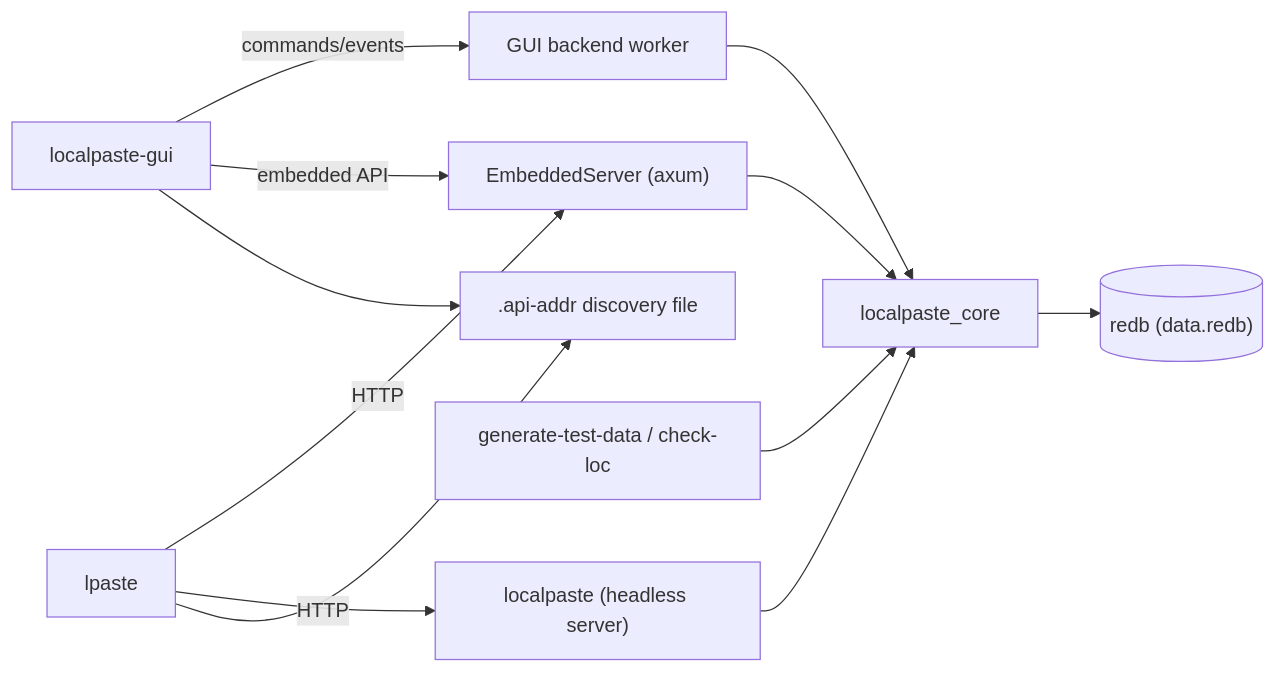
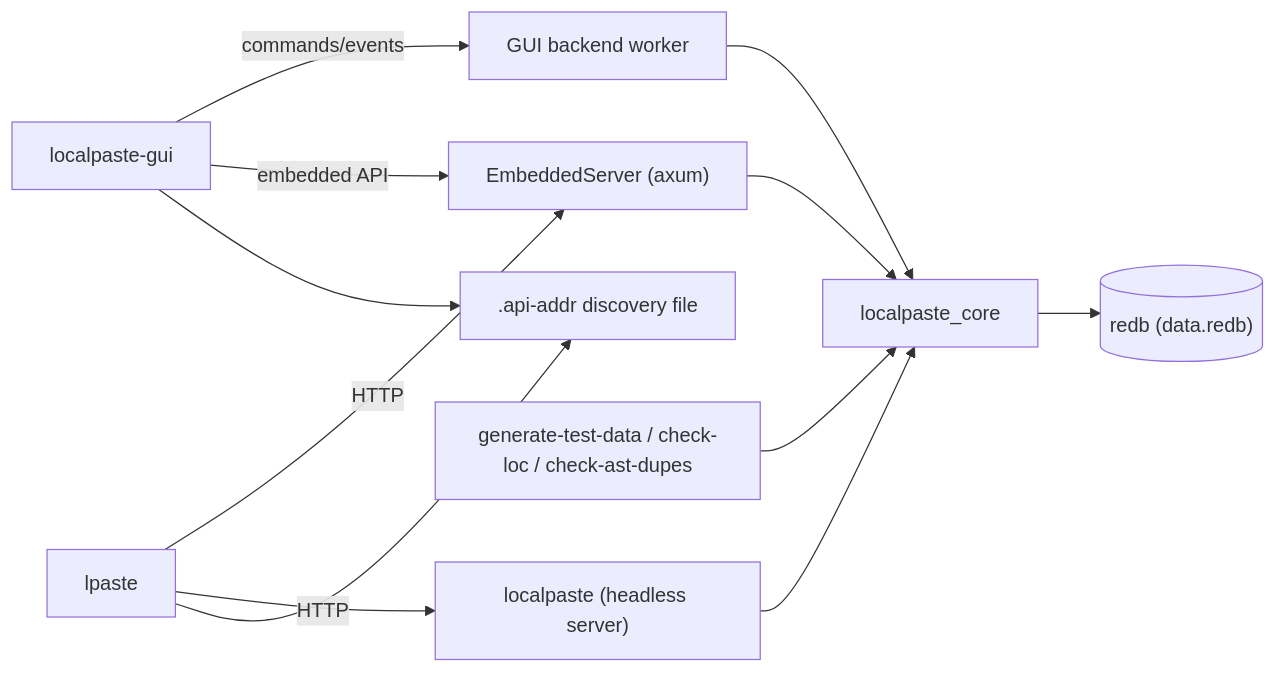
The first of 4 diagrams in docs/architecture.md (pszemraj/localpaste.rs), drawn with Mermaid before and after one commit. The commit also changed other lines of this file and 57 other files, not shown here.

````diff
--- a/docs/architecture.md
+++ b/docs/architecture.md
@@ -26,14 +39,14 @@
 ```mermaid
 flowchart LR
     GUI["localpaste-gui"] -->|"commands/events"| GUIB["GUI backend worker"]
     GUI -->|"embedded API"| ES["EmbeddedServer (axum)"]
     CLI["lpaste"] -->|"HTTP"| ES
     CLI -->|"HTTP"| HS["localpaste (headless server)"]
-    TOOLS["generate-test-data / check-loc"] --> CORE["localpaste_core"]
+    TOOLS["generate-test-data / check-loc / check-ast-dupes"] --> CORE["localpaste_core"]
     ES --> CORE
     HS --> CORE
     GUIB --> CORE
     CORE --> DB[("redb (data.redb)")]
     GUI --> DISC[".api-addr discovery file"]
     CLI --> DISC
 ```
````
